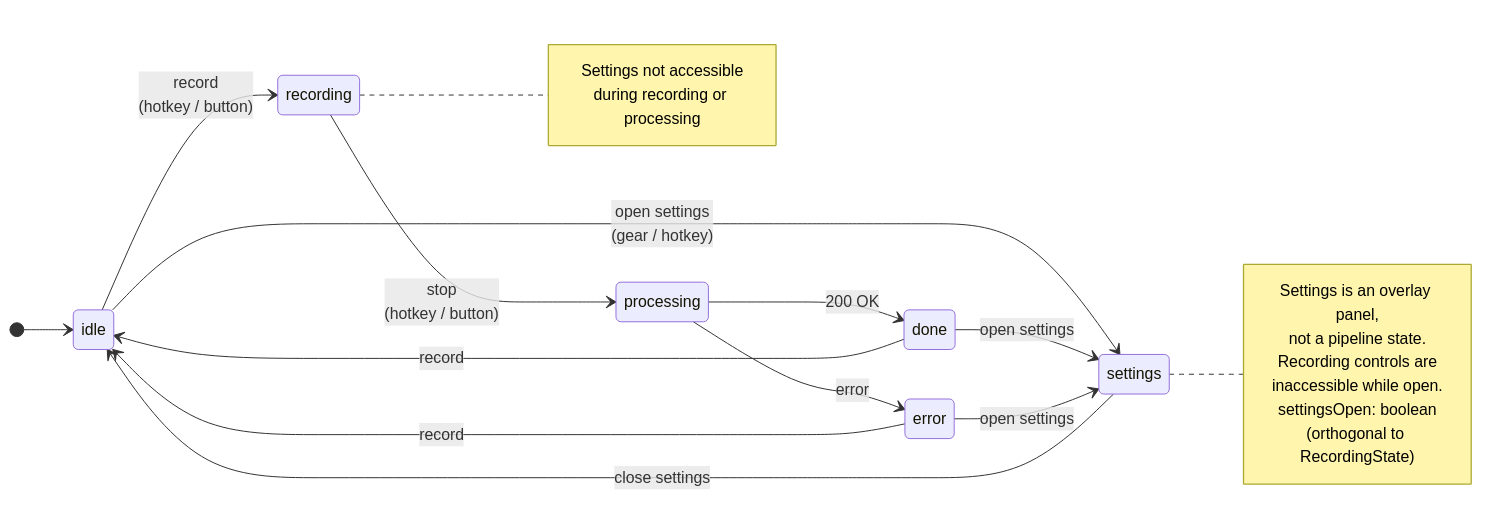
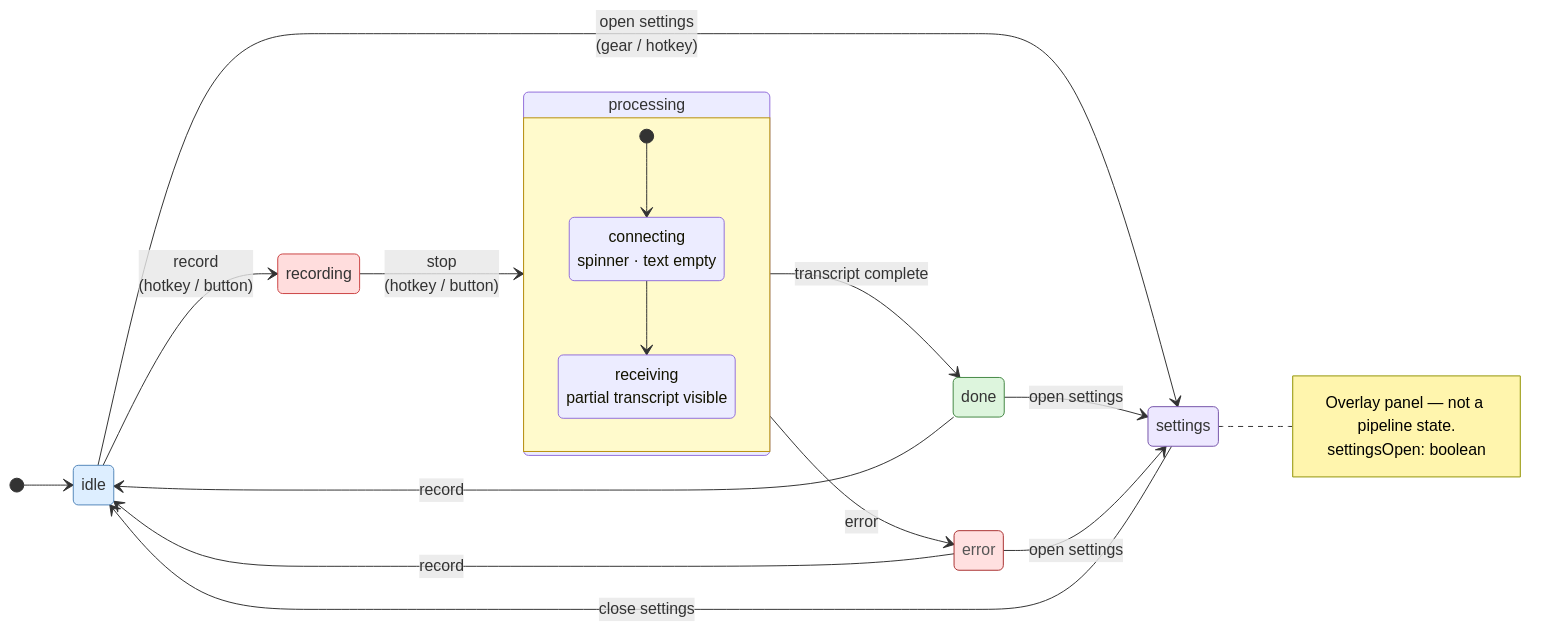
One commit to JohnYanez95/voice-scribe changed the diagram in docs/diagrams/state-machine.mmd. Above: the diagram before and after it, drawn with Mermaid. The commit also changed 1 other file, not shown here.

Commit message:
Update state machine diagram for WebSocket streaming sub-states
Add semantic color classes to all states. Add processing compound state
with connecting (spinner, text empty) and receiving (partial transcript
visible) sub-states to reflect the two-phase streaming experience.
Re-rendered PNG from updated MMD source.

```diff
--- a/docs/diagrams/state-machine.mmd
+++ b/docs/diagrams/state-machine.mmd
@@ -1,31 +1,45 @@
 stateDiagram-v2
     direction LR
+
+    classDef idleClass    fill:#ddeeff,stroke:#5588bb,color:#333
+    classDef activeClass  fill:#ffdddd,stroke:#cc4444,color:#333
+    classDef inflightClass fill:#fffacc,stroke:#b8900a,color:#333
+    classDef successClass fill:#ddf5dd,stroke:#448844,color:#333
+    classDef failureClass fill:#ffe0e0,stroke:#aa3333,color:#555
+    classDef uiClass      fill:#ede8ff,stroke:#7755aa,color:#333
 
     [*] --> idle
 
     idle --> recording : record<br/>(hotkey / button)
     recording --> processing : stop<br/>(hotkey / button)
-    processing --> done : 200 OK
+
+    state processing {
+        direction TB
+        [*] --> connecting
+        connecting : connecting<br/>spinner · text empty
+        receiving : receiving<br/>partial transcript visible
+        connecting --> receiving
+    }
+
+    processing --> done : transcript complete
     processing --> error : error
 
     done --> idle : record
     error --> idle : record
 
     idle --> settings : open settings<br/>(gear / hotkey)
     done --> settings : open settings
     error --> settings : open settings
     settings --> idle : close settings
 
     note right of settings
-        Settings is an overlay panel,
-        not a pipeline state.
-        Recording controls are
-        inaccessible while open.
+        Overlay panel — not a pipeline state.
         settingsOpen: boolean
-        (orthogonal to RecordingState)
     end note
 
-    note right of recording
-        Settings not accessible
-        during recording or processing
-    end note
+    class idle idleClass
+    class recording activeClass
+    class processing inflightClass
+    class done successClass
+    class error failureClass
+    class settings uiClass
```
